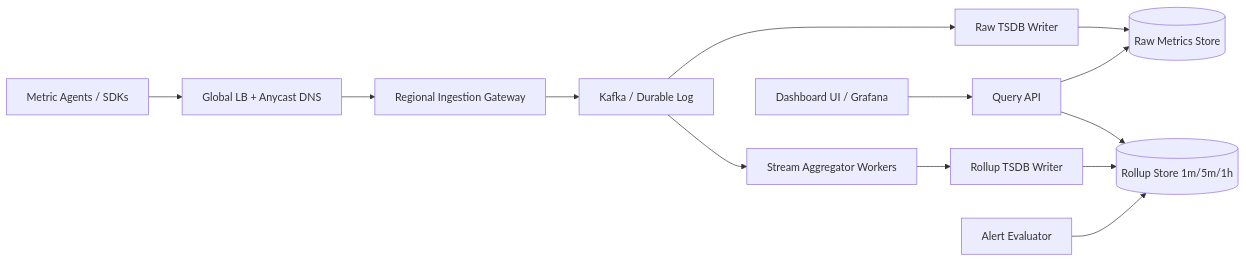
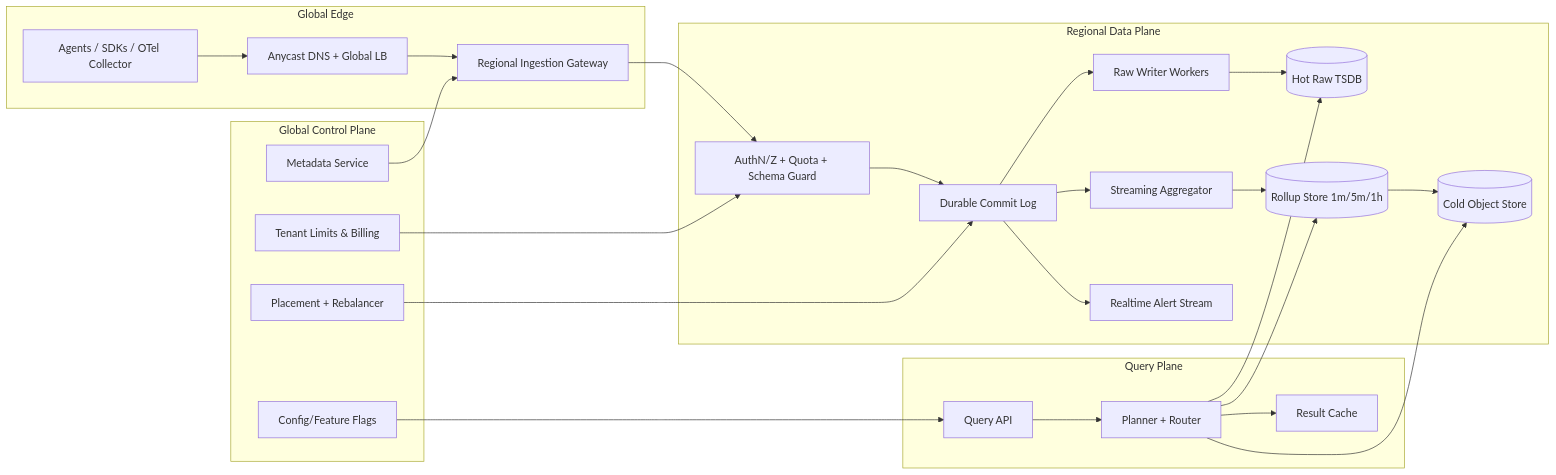
The first of 3 diagrams in examples/question-1-distributed-metrics-logging-and-aggregation.md (madmax983/system_design), drawn with Mermaid before and after one commit. The commit also changed other lines of this file, not shown here.

Commit message:
Refine distributed metrics design doc to principal-level depth

````diff
--- a/examples/question-1-distributed-metrics-logging-and-aggregation.md
+++ b/examples/question-1-distributed-metrics-logging-and-aggregation.md
@@ -51,17 +61,38 @@
 ```mermaid
 flowchart LR
-    A[Metric Agents / SDKs] --> B[Global LB + Anycast DNS]
-    B --> C[Regional Ingestion Gateway]
-    C --> D[Kafka / Durable Log]
-    D --> E[Stream Aggregator Workers]
-    D --> F[Raw TSDB Writer]
-    E --> G[Rollup TSDB Writer]
+    subgraph Edge[Global Edge]
+      A[Agents / SDKs / OTel Collector] --> B[Anycast DNS + Global LB]
+      B --> C[Regional Ingestion Gateway]
+    end
 
-    F --> H[(Raw Metrics Store)]
-    G --> I[(Rollup Store 1m/5m/1h)]
+    subgraph DataPlane[Regional Data Plane]
+      C --> D[AuthN/Z + Quota + Schema Guard]
+      D --> E[Durable Commit Log]
+      E --> F[Raw Writer Workers]
+      E --> G[Streaming Aggregator]
+      E --> H[Realtime Alert Stream]
+      F --> I[(Hot Raw TSDB)]
+      G --> J[(Rollup Store 1m/5m/1h)]
+      J --> K[(Cold Object Store)]
+    end
 
-    J[Query API] --> I
-    J --> H
-    K[Alert Evaluator] --> I
-    L[Dashboard UI / Grafana] --> J
+    subgraph QueryPlane[Query Plane]
+      Q[Query API] --> R[Planner + Router]
+      R --> I
+      R --> J
+      R --> K
+      R --> S[Result Cache]
+    end
+
+    subgraph ControlPlane[Global Control Plane]
+      T[Metadata Service]
+      U[Tenant Limits & Billing]
+      V[Config/Feature Flags]
+      W[Placement + Rebalancer]
+    end
+
+    T --> C
+    U --> D
+    V --> Q
+    W --> E
 ```
````
